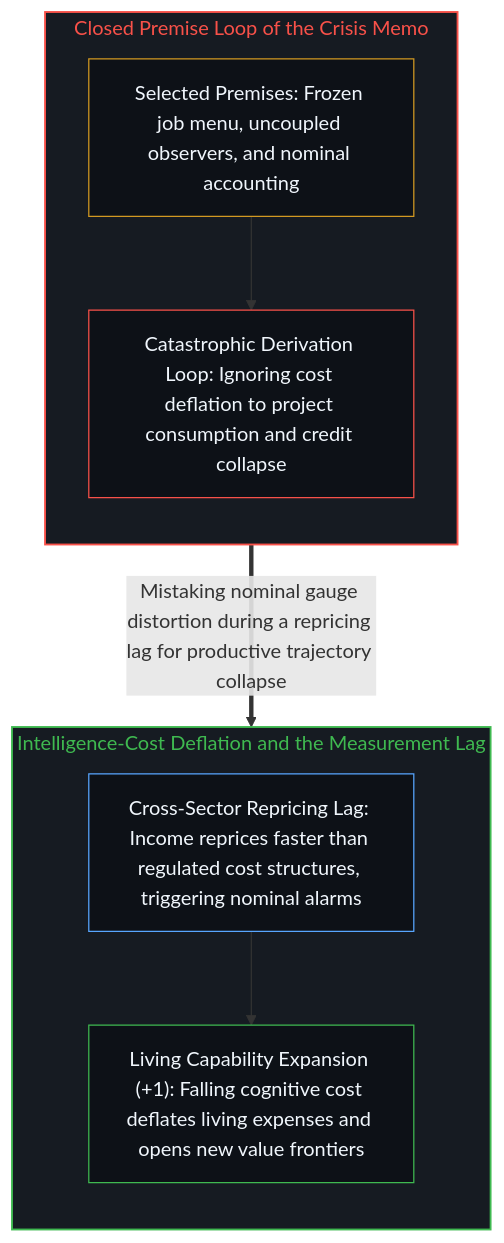
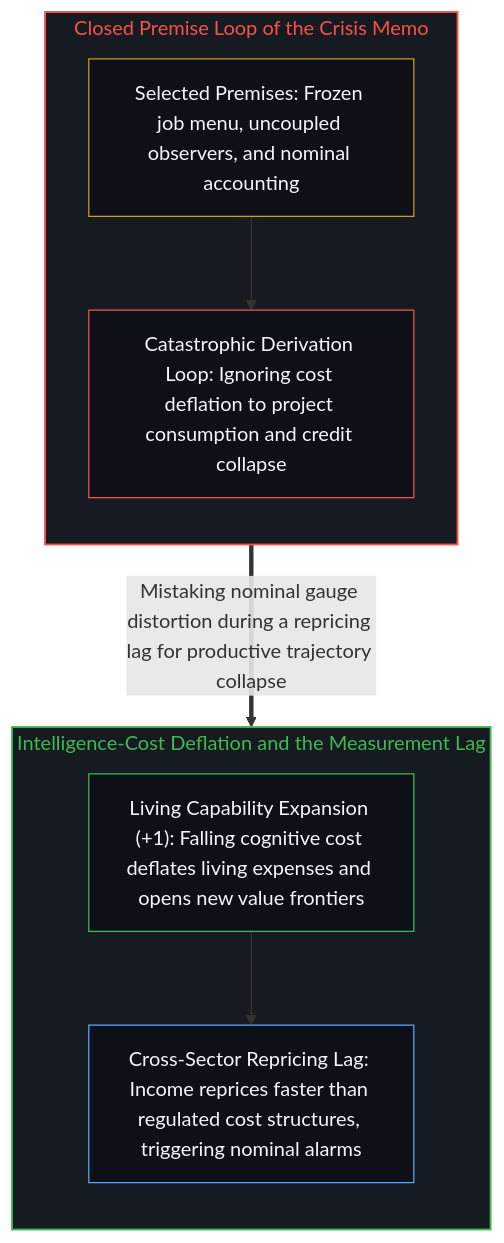
The second of 2 diagrams in content/posts/intelligence-crisis-response.md (powerpig99/not-a-toe), drawn with Mermaid before and after one commit. The commit also changed other lines of this file and 4 other files, not shown here.

````diff
--- a/content/posts/intelligence-crisis-response.md
+++ b/content/posts/intelligence-crisis-response.md
@@ -42,22 +42,22 @@
 ```mermaid
 flowchart TD
     subgraph S_Memo["Closed Premise Loop of the Crisis Memo"]
         direction TB
         Premise["Selected Premises: Frozen job menu, uncoupled observers, and nominal accounting"]
         Loop["Catastrophic Derivation Loop: Ignoring cost deflation to project consumption and credit collapse"]
         Premise --> Loop
     end
     subgraph S_Real["Intelligence-Cost Deflation and the Measurement Lag"]
         direction TB
+        Expand["Living Capability Expansion (+1): Falling cognitive cost deflates living expenses and opens new value frontiers"]
         Lag["Cross-Sector Repricing Lag: Income reprices faster than regulated cost structures, triggering nominal alarms"]
-        Expand["Living Capability Expansion (+1): Falling cognitive cost deflates living expenses and opens new value frontiers"]
-        Lag --> Expand
+        Expand --> Lag
     end
     Loop ==>|"Mistaking nominal gauge distortion during a repricing lag for productive trajectory collapse"| Lag
     style S_Memo fill:#161b22,stroke:#f85149,stroke-width:1.5px,color:#f85149
     style S_Real fill:#161b22,stroke:#3fb950,stroke-width:1.5px,color:#3fb950
     style Premise fill:#0d1117,stroke:#d29922,stroke-width:1px,color:#f0f6fc
     style Loop fill:#0d1117,stroke:#f85149,stroke-width:1px,color:#f0f6fc
     style Lag fill:#0d1117,stroke:#58a6ff,stroke-width:1px,color:#f0f6fc
     style Expand fill:#0d1117,stroke:#3fb950,stroke-width:1px,color:#f0f6fc
 ```
````
